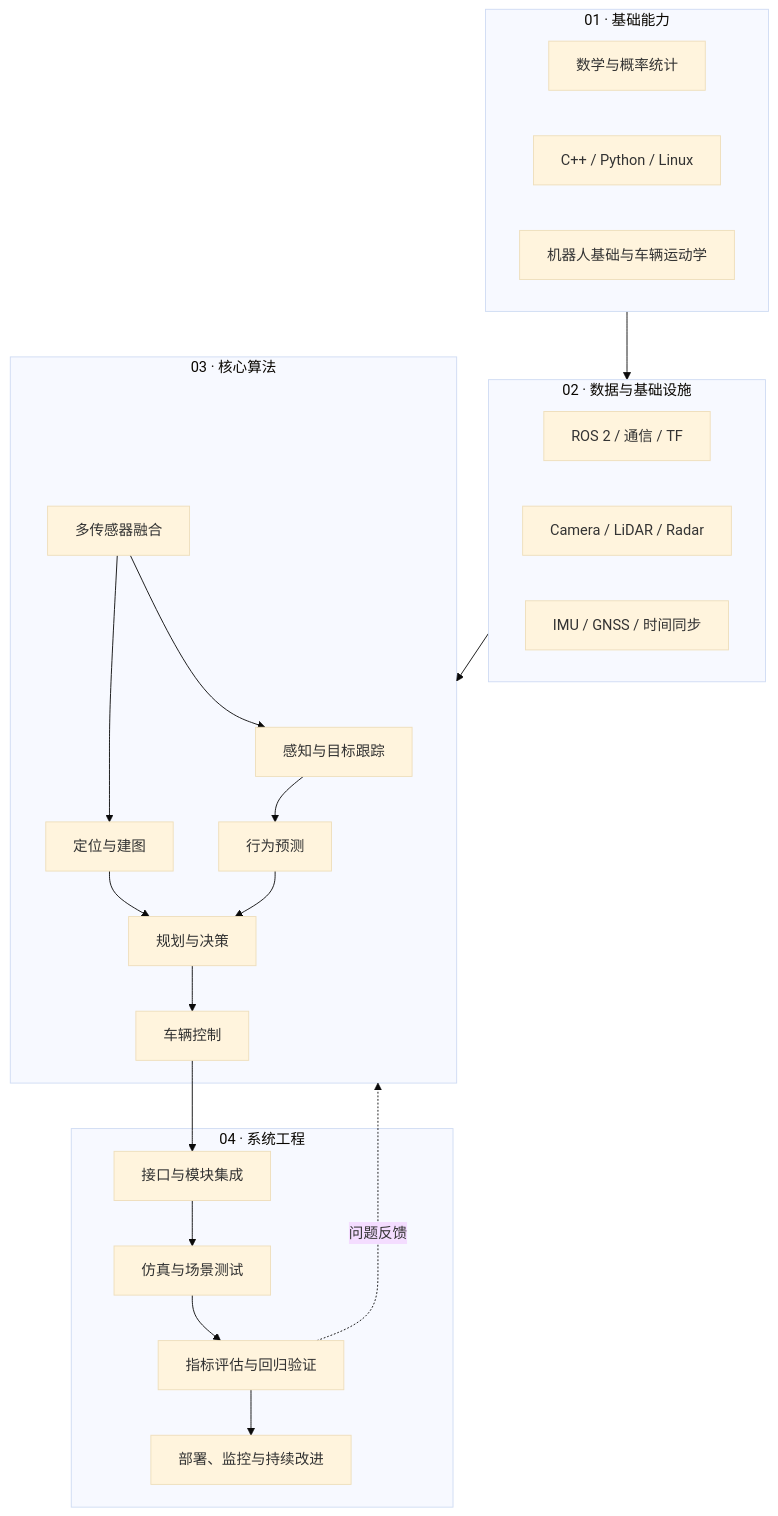
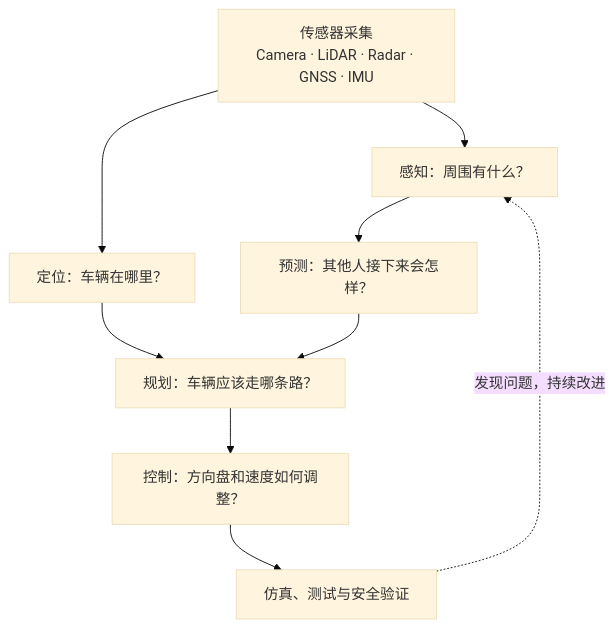
One commit to ilikui/AutomaticDriving changed the first of 2 diagrams in README.md. Above: the diagram before and after it, drawn with Mermaid (base theme). The commit also changed other lines of this file, not shown here.

````diff
--- a/README.md
+++ b/README.md
@@ -90,44 +44,11 @@
 ```mermaid
-flowchart TB
-    subgraph A["01 · 基础能力"]
-        A1["数学与概率统计"]
-        A2["C++ / Python / Linux"]
-        A3["机器人基础与车辆运动学"]
-    end
-
-    subgraph B["02 · 数据与基础设施"]
-        B1["ROS 2 / 通信 / TF"]
-        B2["Camera / LiDAR / Radar"]
-        B3["IMU / GNSS / 时间同步"]
-    end
-
-    subgraph C["03 · 核心算法"]
-        C1["感知与目标跟踪"]
-        C2["定位与建图"]
-        C3["多传感器融合"]
-        C4["行为预测"]
-        C5["规划与决策"]
-        C6["车辆控制"]
-    end
-
-    subgraph D["04 · 系统工程"]
-        D1["接口与模块集成"]
-        D2["仿真与场景测试"]
-        D3["指标评估与回归验证"]
-        D4["部署、监控与持续改进"]
-    end
-
-    A --> B
-    B --> C
-    C1 --> C4
-    C2 --> C5
-    C3 --> C1
-    C3 --> C2
-    C4 --> C5
-    C5 --> C6
-    C6 --> D1
-    D1 --> D2
-    D2 --> D3
-    D3 --> D4
-    D3 -. "问题反馈" .-> C
+flowchart TD
+    A["传感器采集<br/>Camera · LiDAR · Radar · GNSS · IMU"] --> B["感知：周围有什么？"]
+    A --> C["定位：车辆在哪里？"]
+    B --> D["预测：其他人接下来会怎样？"]
+    C --> E["规划：车辆应该走哪条路？"]
+    D --> E
+    E --> F["控制：方向盘和速度如何调整？"]
+    F --> G["仿真、测试与安全验证"]
+    G -. "发现问题，持续改进" .-> B
 ```
````
